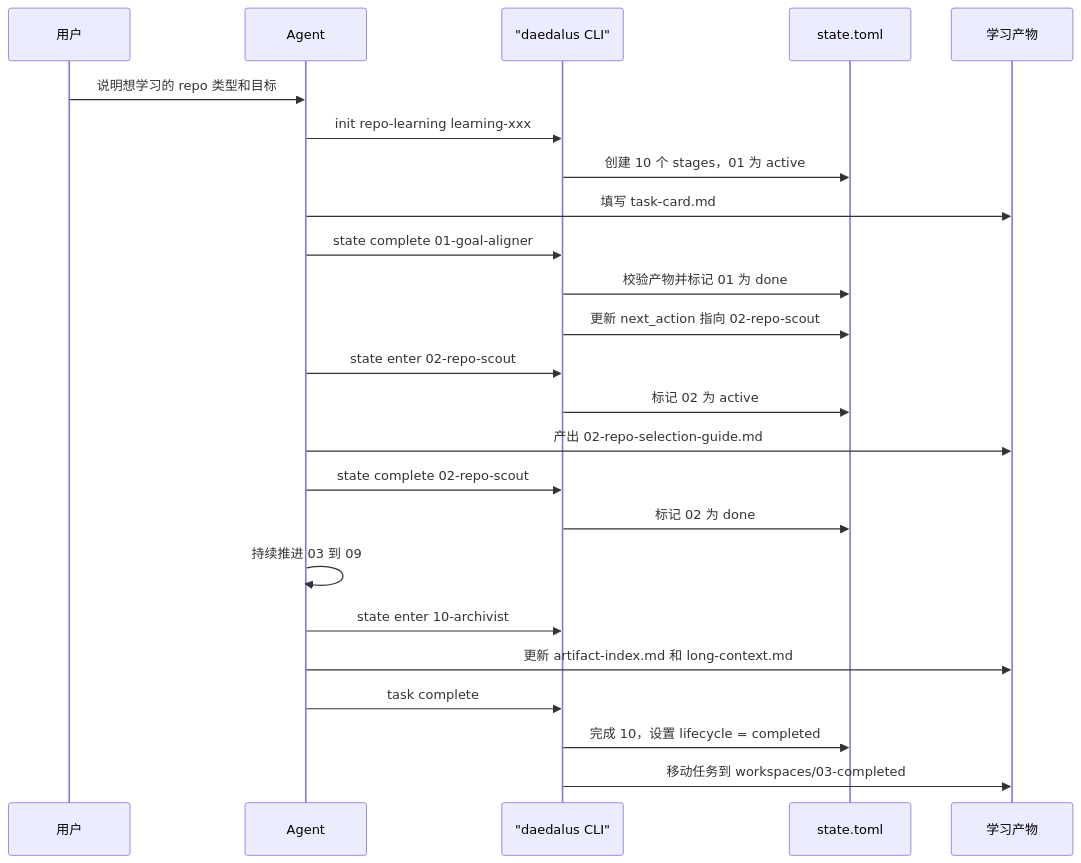
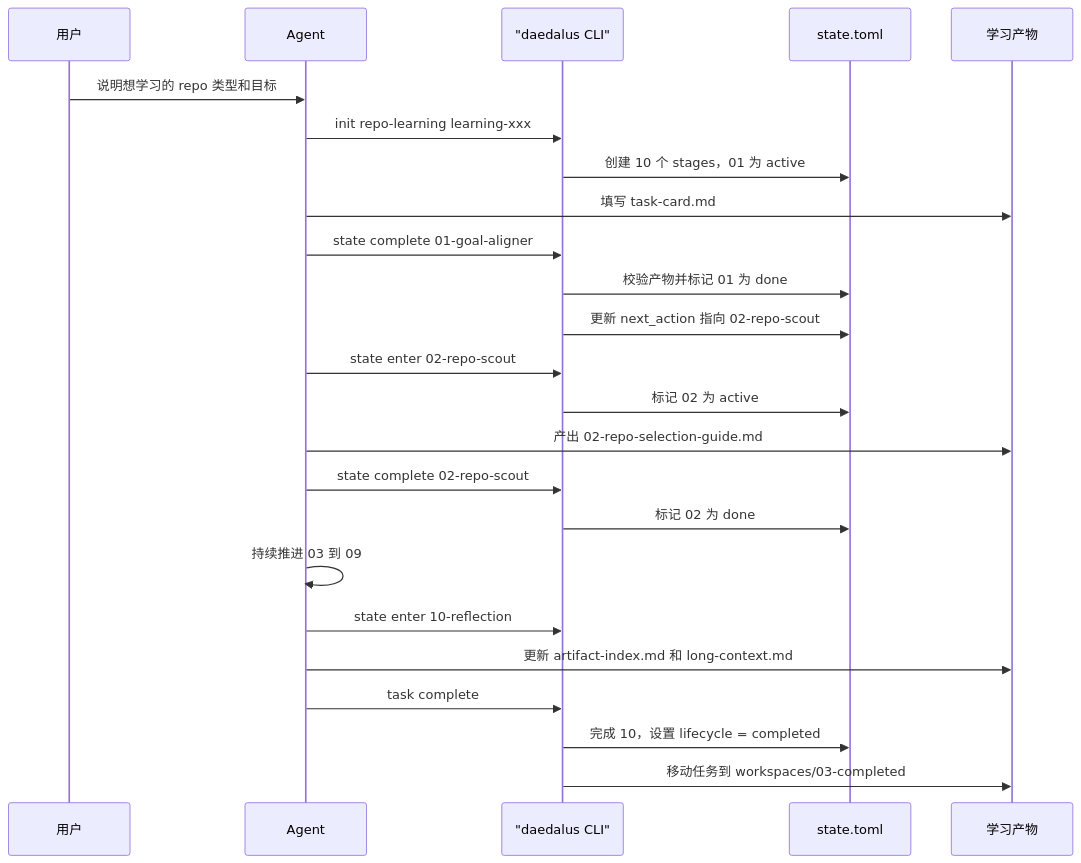
The fifth of 8 diagrams in crates/docs/repo-learning-stage-state-flow.md (hedon954/daedalus), drawn with Mermaid before and after one commit. The commit also changed other lines of this file and 43 other files, not shown here.

````diff
--- a/crates/docs/repo-learning-stage-state-flow.md
+++ b/crates/docs/repo-learning-stage-state-flow.md
@@ -114,27 +114,27 @@
 ```mermaid
 sequenceDiagram
     participant User as 用户
     participant Agent as Agent
     participant Cli as "daedalus CLI"
     participant State as state.toml
     participant Files as 学习产物
 
     User->>Agent: 说明想学习的 repo 类型和目标
     Agent->>Cli: init repo-learning learning-xxx
     Cli->>State: 创建 10 个 stages，01 为 active
     Agent->>Files: 填写 task-card.md
     Agent->>Cli: state complete 01-goal-aligner
     Cli->>State: 校验产物并标记 01 为 done
     Cli->>State: 更新 next_action 指向 02-repo-scout
     Agent->>Cli: state enter 02-repo-scout
     Cli->>State: 标记 02 为 active
     Agent->>Files: 产出 02-repo-selection-guide.md
     Agent->>Cli: state complete 02-repo-scout
     Cli->>State: 标记 02 为 done
     Agent->>Agent: 持续推进 03 到 09
-    Agent->>Cli: state enter 10-archivist
+    Agent->>Cli: state enter 10-reflection
     Agent->>Files: 更新 artifact-index.md 和 long-context.md
     Agent->>Cli: task complete
     Cli->>State: 完成 10，设置 lifecycle = completed
     Cli->>Files: 移动任务到 workspaces/03-completed
 ```
````
